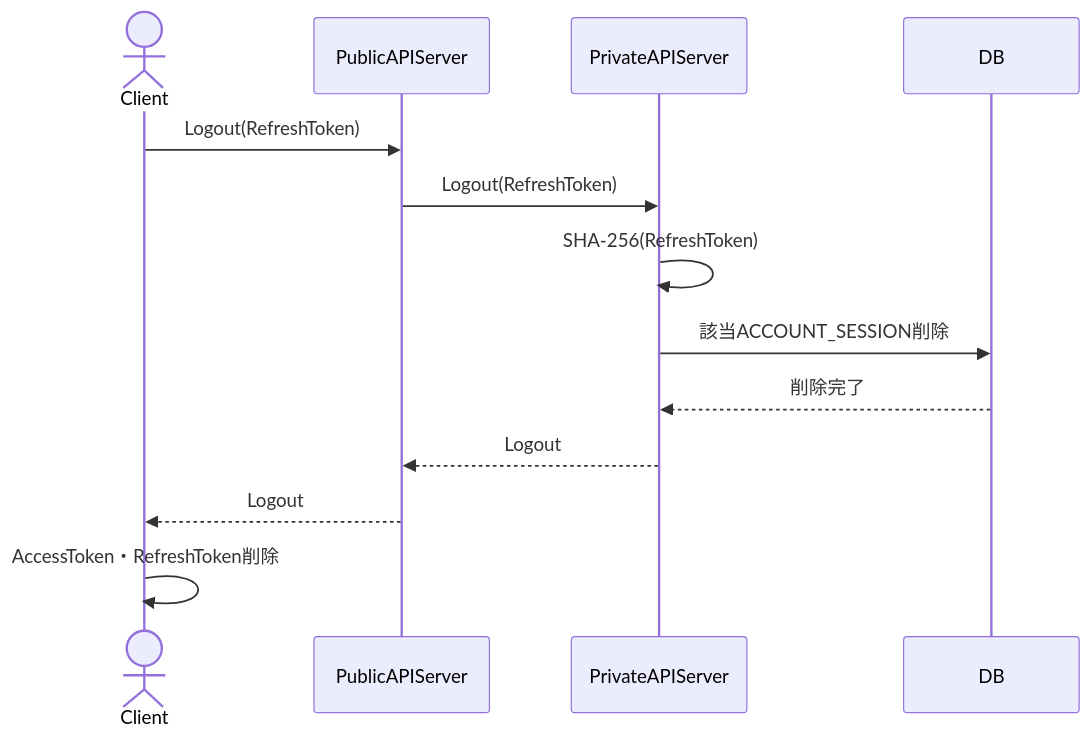
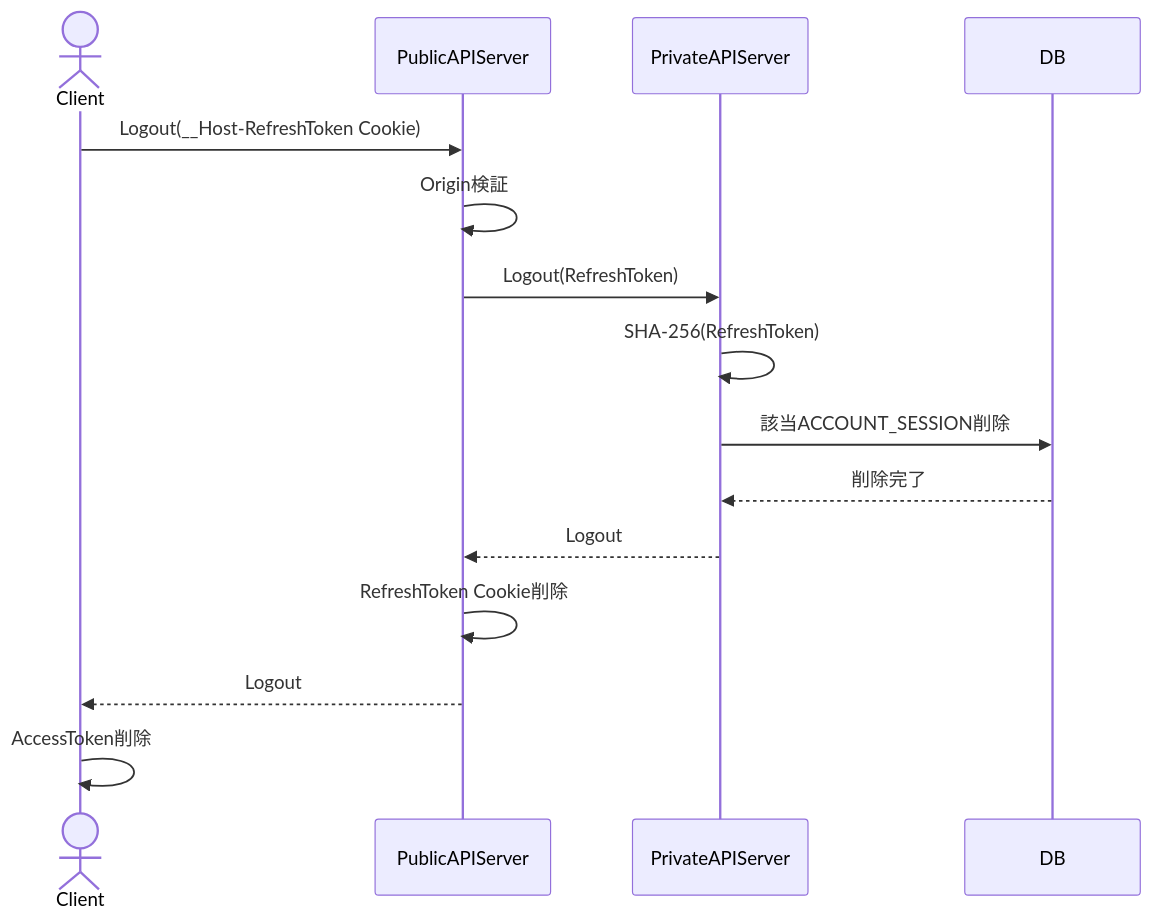
One commit to ReHydrangeaOdyssey/Specifications changed the fourth of 4 diagrams in design/session.md. Above: the diagram before and after it, drawn with Mermaid. The commit also changed other lines of this file and 10 other files, not shown here.

````diff
--- a/design/session.md
+++ b/design/session.md
@@ -242,16 +270,18 @@
 ```mermaid
 sequenceDiagram
     actor Client
     participant PublicAPIServer
     participant PrivateAPIServer
     participant DB
 
-    Client->>PublicAPIServer: Logout(RefreshToken)
+    Client->>PublicAPIServer: Logout(__Host-RefreshToken Cookie)
+    PublicAPIServer->>PublicAPIServer: Origin検証
     PublicAPIServer->>PrivateAPIServer: Logout(RefreshToken)
     PrivateAPIServer->>PrivateAPIServer: SHA-256(RefreshToken)
     PrivateAPIServer->>DB: 該当ACCOUNT_SESSION削除
     DB-->>PrivateAPIServer: 削除完了
     PrivateAPIServer-->>PublicAPIServer: Logout
+    PublicAPIServer->>PublicAPIServer: RefreshToken Cookie削除
     PublicAPIServer-->>Client: Logout
-    Client->>Client: AccessToken・RefreshToken削除
+    Client->>Client: AccessToken削除
 ```
````
